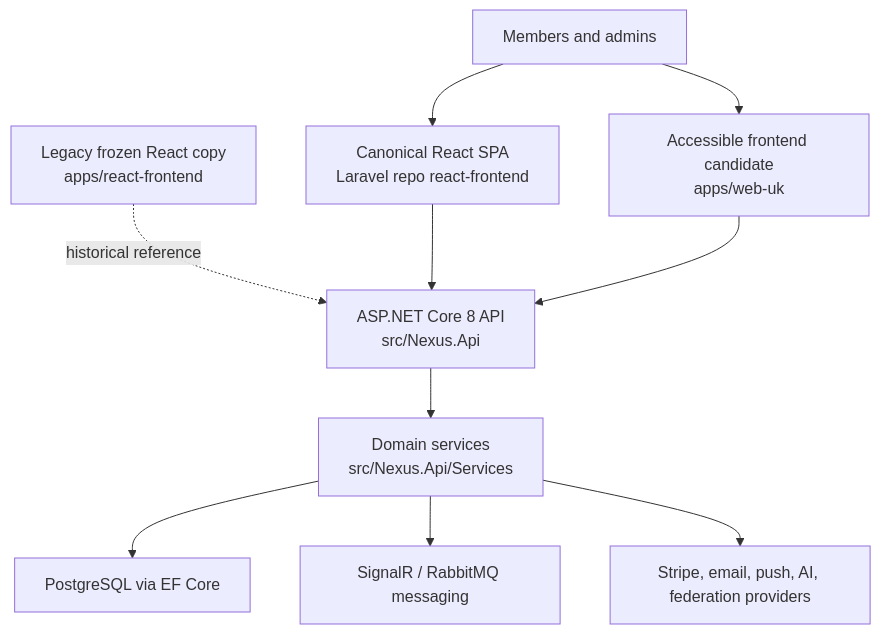
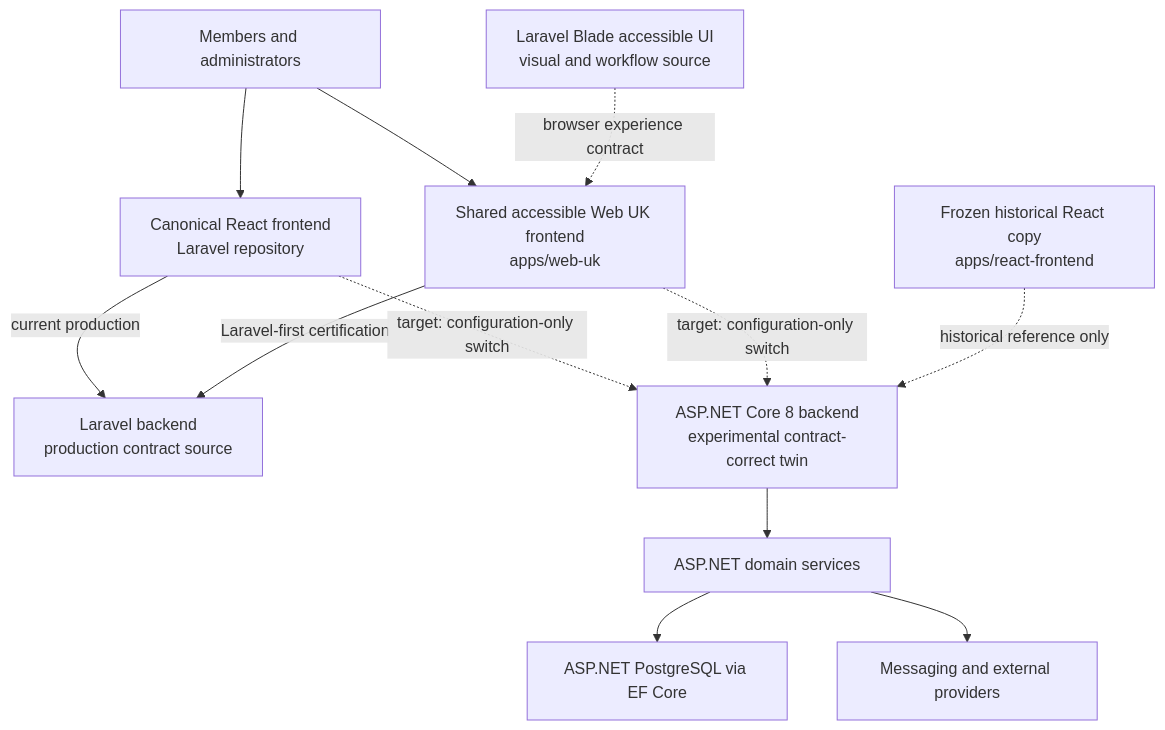
One commit to jasperfordesq-ai/api.project-nexus.net changed the diagram in docs/ARCHITECTURE.md. Above: the diagram before and after it, drawn with Mermaid. The commit also changed other lines of this file and 74 other files, not shown here.

Commit message:
docs: establish contract-correct status governance

````diff
--- a/docs/ARCHITECTURE.md
+++ b/docs/ARCHITECTURE.md
@@ -10,22 +23,25 @@
 ```mermaid
 flowchart TD
-    users["Members and admins"]
-    react["Canonical React SPA\nLaravel repo react-frontend"]
-    legacyReact["Legacy frozen React copy\napps/react-frontend"]
-    webuk["Accessible frontend candidate\napps/web-uk"]
-    api["ASP.NET Core 8 API\nsrc/Nexus.Api"]
-    services["Domain services\nsrc/Nexus.Api/Services"]
-    db["PostgreSQL via EF Core"]
-    messaging["SignalR / RabbitMQ messaging"]
-    external["Stripe, email, push, AI, federation providers"]
+    users["Members and administrators"]
+    react["Canonical React frontend\nLaravel repository"]
+    webuk["Shared accessible Web UK frontend\napps/web-uk"]
+    legacy["Frozen historical React copy\napps/react-frontend"]
+    laravel["Laravel backend\nproduction contract source"]
+    aspnet["ASP.NET Core 8 backend\nexperimental contract-correct twin"]
+    laravelBlade["Laravel Blade accessible UI\nvisual and workflow source"]
+    services["ASP.NET domain services"]
+    database["ASP.NET PostgreSQL via EF Core"]
+    integrations["Messaging and external providers"]
 
     users --> react
-    legacyReact -. historical reference .-> api
     users --> webuk
-    react --> api
-    webuk --> api
-    api --> services
-    services --> db
-    services --> messaging
-    services --> external
+    react -->|"current production"| laravel
+    webuk -->|"Laravel-first certification"| laravel
+    react -. "target: configuration-only switch" .-> aspnet
+    webuk -. "target: configuration-only switch" .-> aspnet
+    laravelBlade -. "browser experience contract" .-> webuk
+    legacy -. "historical reference only" .-> aspnet
+    aspnet --> services
+    services --> database
+    services --> integrations
 ```
````
